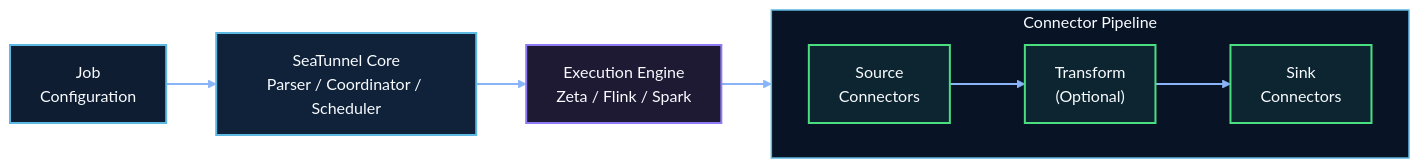
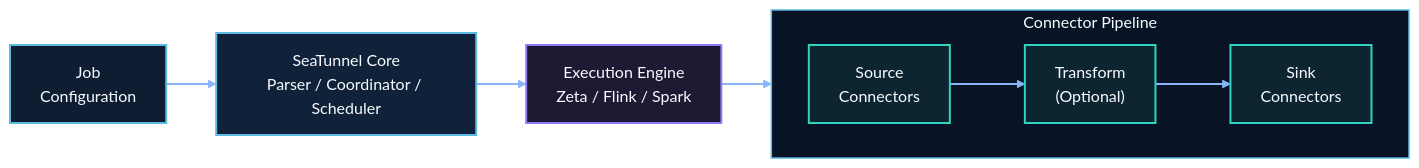
The first of 2 diagrams in versioned_docs/version-2.3.13/introduction/architecture.md (DanielLeens/seatunnel-website), drawn with Mermaid before and after one commit. The commit also changed other lines of this file and 1 other file, not shown here.

Commit message:
Switch mermaid connector accents to cyan

````diff
--- a/versioned_docs/version-2.3.13/introduction/architecture.md
+++ b/versioned_docs/version-2.3.13/introduction/architecture.md
@@ -11,25 +11,25 @@
 ```mermaid
 flowchart LR
     config["Job<br/>Configuration"]
     core["SeaTunnel Core<br/>Parser / Coordinator / Scheduler"]
     engine["Execution Engine<br/>Zeta / Flink / Spark"]
 
     subgraph pipeline["Connector Pipeline"]
         direction LR
         source["Source<br/>Connectors"] --> transform["Transform<br/>(Optional)"] --> sink["Sink<br/>Connectors"]
     end
 
     config --> core --> engine --> source
 
     classDef controlNode fill:#0f1d33,stroke:#5db8e2,stroke-width:2px,color:#f8fbff;
     classDef coreNode fill:#10223a,stroke:#5db8e2,stroke-width:2px,color:#f8fbff;
-    classDef connectorNode fill:#0c2530,stroke:#4ade80,stroke-width:2px,color:#f8fbff;
+    classDef connectorNode fill:#0c2530,stroke:#2dd4bf,stroke-width:2px,color:#f8fbff;
     classDef engineNode fill:#1f1a34,stroke:#8d7cf6,stroke-width:2px,color:#f8fbff;
 
     class config controlNode;
     class core coreNode;
     class engine engineNode;
     class source,transform,sink connectorNode;
     style pipeline fill:#081425,stroke:#5db8e2,stroke-width:1.5px,color:#f8fbff;
     linkStyle default stroke:#8ab4f8,stroke-width:2px;
 ```
````
